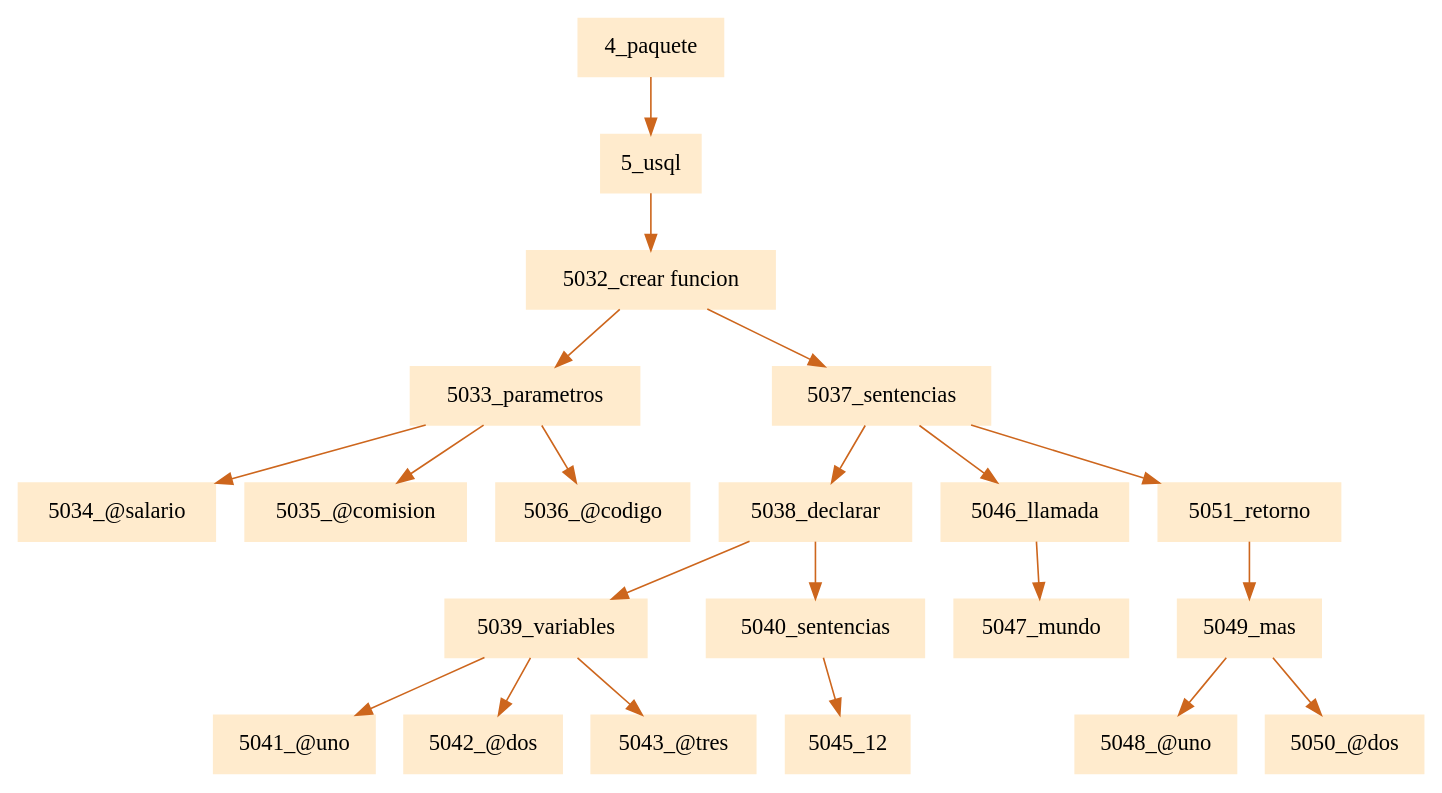
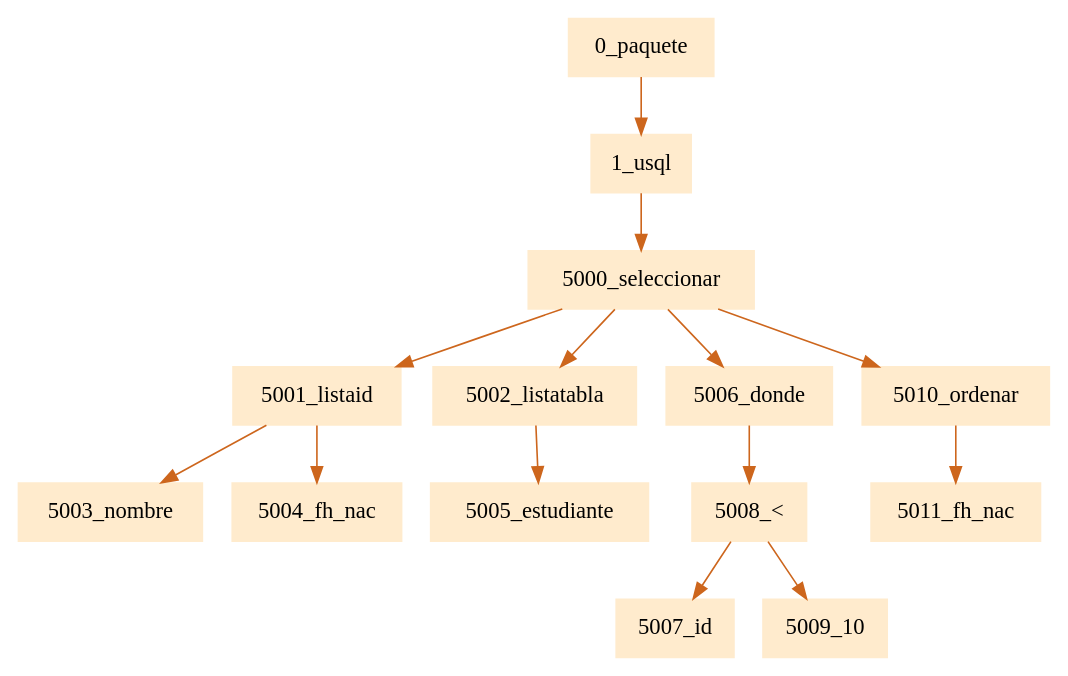
The diagram in pr1Compilarodores2/paquete.dot (JamesMelgar/compi2javaccpr1), drawn with Graphviz before and after one commit. The commit also changed 3 other files, not shown here.

```diff
--- a/pr1Compilarodores2/paquete.dot
+++ b/pr1Compilarodores2/paquete.dot
@@ -1,5 +1,5 @@
 digraph G {node[shape=box, style=filled, color=blanchedalmond]; edge[color=chocolate3];rankdir=UD 
 
-"4_paquete"->"5_usql""5_usql"->"5032_crear funcion""5032_crear funcion"->"5033_parametros""5033_parametros"->"5034_@salario""5033_parametros"->"5035_@comision""5033_parametros"->"5036_@codigo""5032_crear funcion"->"5037_sentencias""5037_sentencias"->"5038_declarar""5038_declarar"->"5039_variables""5039_variables"->"5041_@uno""5039_variables"->"5042_@dos""5039_variables"->"5043_@tres""5038_declarar"->"5040_sentencias""5040_sentencias"->"5045_12""5037_sentencias"->"5046_llamada""5046_llamada"->"5047_mundo""5037_sentencias"->"5051_retorno""5051_retorno"->"5049_mas""5049_mas"->"5048_@uno""5049_mas"->"5050_@dos"
+"0_paquete"->"1_usql""1_usql"->"5000_seleccionar""5000_seleccionar"->"5001_listaid""5001_listaid"->"5003_nombre""5001_listaid"->"5004_fh_nac""5000_seleccionar"->"5002_listatabla""5002_listatabla"->"5005_estudiante""5000_seleccionar"->"5006_donde""5006_donde"->"5008_<""5008_<"->"5007_id""5008_<"->"5009_10""5000_seleccionar"->"5010_ordenar""5010_ordenar"->"5011_fh_nac"
 
 }
```
